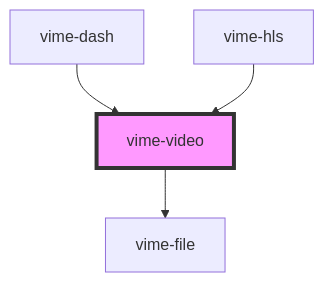
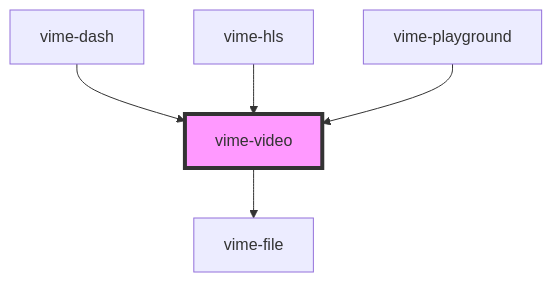
Before and after one commit to vime-js/vime: the diagram in docs/docs/components/providers/video.md, drawn with Mermaid. The commit also changed other lines of this file and 37 other files, not shown here.

Commit message:
feat: new `vime-playground` component for testing and playing with vime

````diff
--- a/docs/docs/components/providers/video.md
+++ b/docs/docs/components/providers/video.md
@@ -255,7 +256,8 @@
 ```mermaid
 graph TD;
   vime-video --> vime-file
   vime-dash --> vime-video
   vime-hls --> vime-video
+  vime-playground --> vime-video
   style vime-video fill:#f9f,stroke:#333,stroke-width:4px
 ```
````
